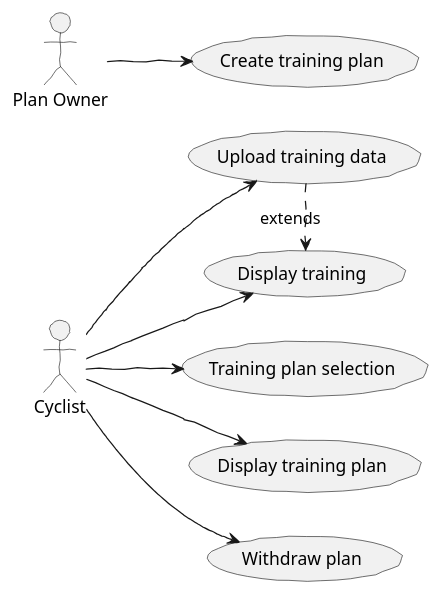
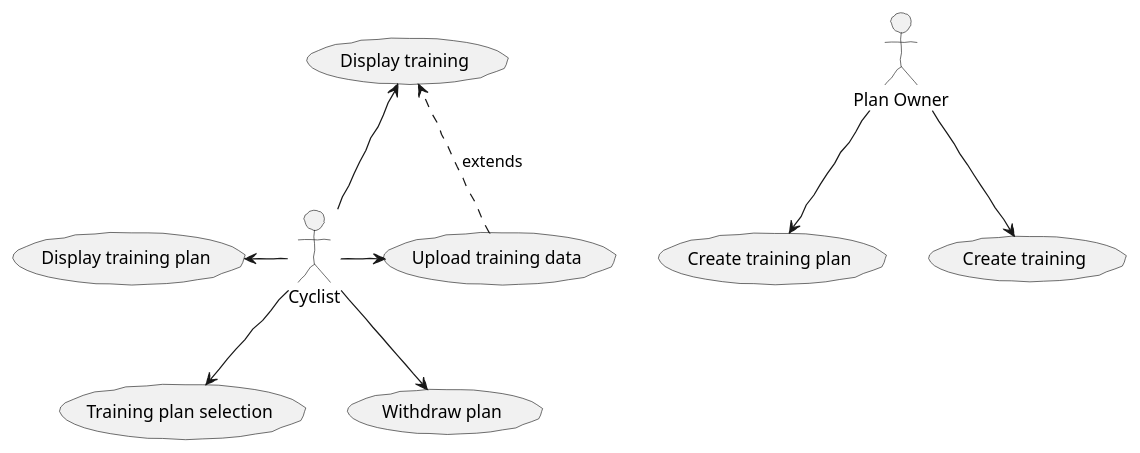
The diagram in doc/includes/_01_requirements.adoc (maciejmalecki/ciclismo), drawn with PlantUML before and after one commit. The commit also changed other lines of this file, not shown here.

```diff
--- a/doc/includes/_01_requirements.adoc
+++ b/doc/includes/_01_requirements.adoc
@@ -10,20 +10,23 @@
 [plantuml, actors, png]
 ....
 skinparam handwritten true
-left to right direction
+top to bottom direction
 :Cyclist:
 :Plan Owner: as Trainer
 (Training plan selection) as UC01
 (Display training plan) as UC02
 (Upload training data) as UC03
 (Display training) as UC04
 (Withdraw plan) as UC05
 (Create training plan) as UC11
+(Create training) as UC12
+
 :Cyclist: --> UC01
-:Cyclist: --> UC02
-:Cyclist: --> UC03
-:Cyclist: --> UC04
+:Cyclist: -left-> UC02
+:Cyclist: -> UC03
+:Cyclist: -up-> UC04
 :Cyclist: --> UC05
 UC03 .> UC04 : extends
 Trainer --> UC11
+Trainer --> UC12
 ....
```
